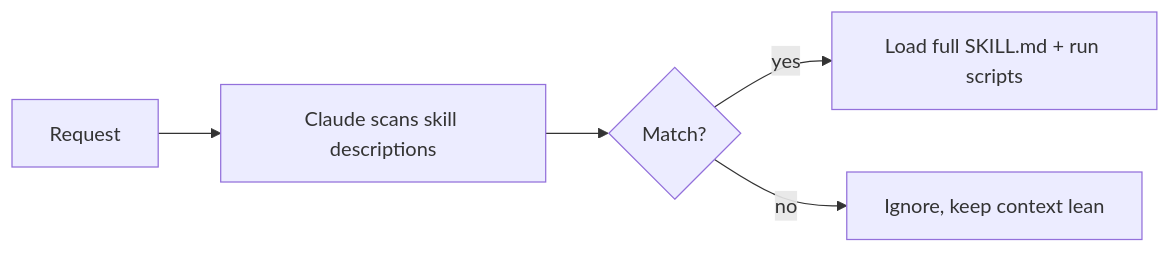
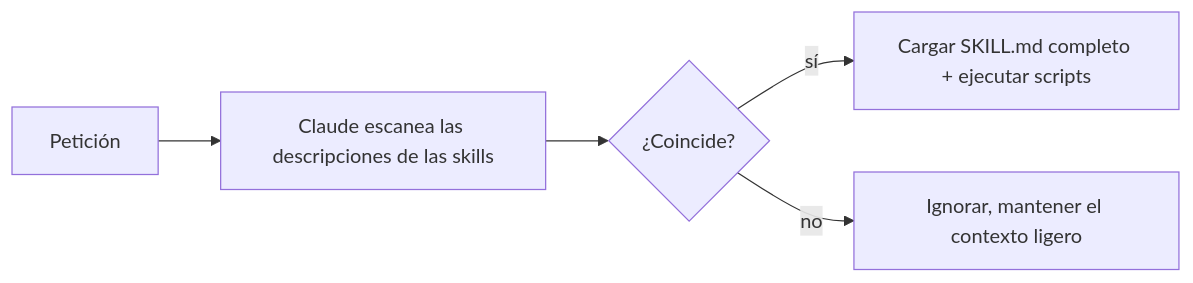
The diagram in i18n/es/docusaurus-plugin-content-docs/current/claude-code/skills.mdx (derob98/ailmanac), drawn with Mermaid before and after one commit. The commit also changed other lines of this file and 43 other files, not shown here.

````diff
--- a/i18n/es/docusaurus-plugin-content-docs/current/claude-code/skills.mdx
+++ b/i18n/es/docusaurus-plugin-content-docs/current/claude-code/skills.mdx
@@ -36,7 +36,7 @@
 ```mermaid
 flowchart LR
-  A[Request] --> B[Claude scans skill descriptions]
-  B --> C{Match?}
-  C -->|yes| D[Load full SKILL.md + run scripts]
-  C -->|no| E[Ignore, keep context lean]
+  A[Petición] --> B[Claude escanea las descripciones de las skills]
+  B --> C{¿Coincide?}
+  C -->|sí| D[Cargar SKILL.md completo + ejecutar scripts]
+  C -->|no| E[Ignorar, mantener el contexto ligero]
 ```
````
